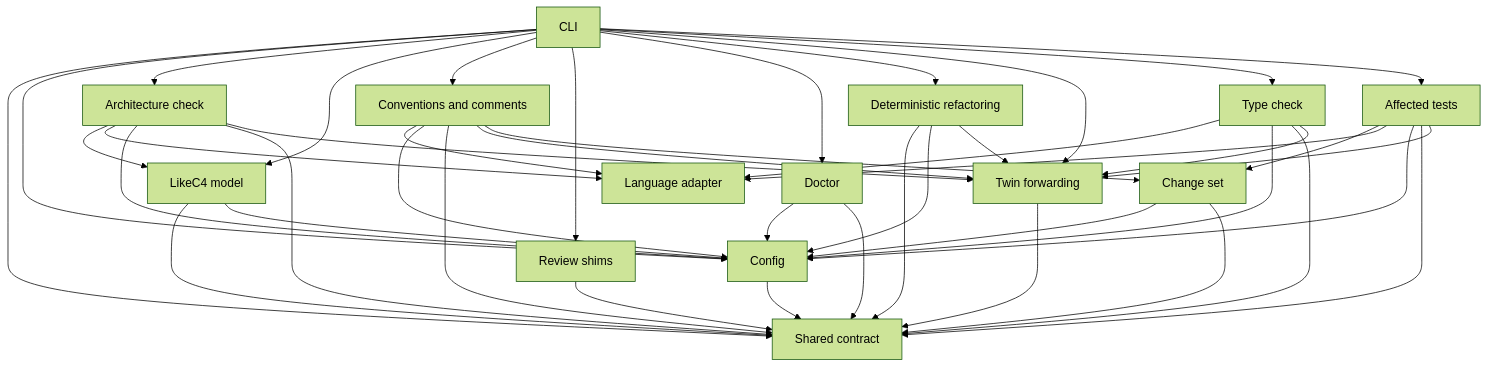
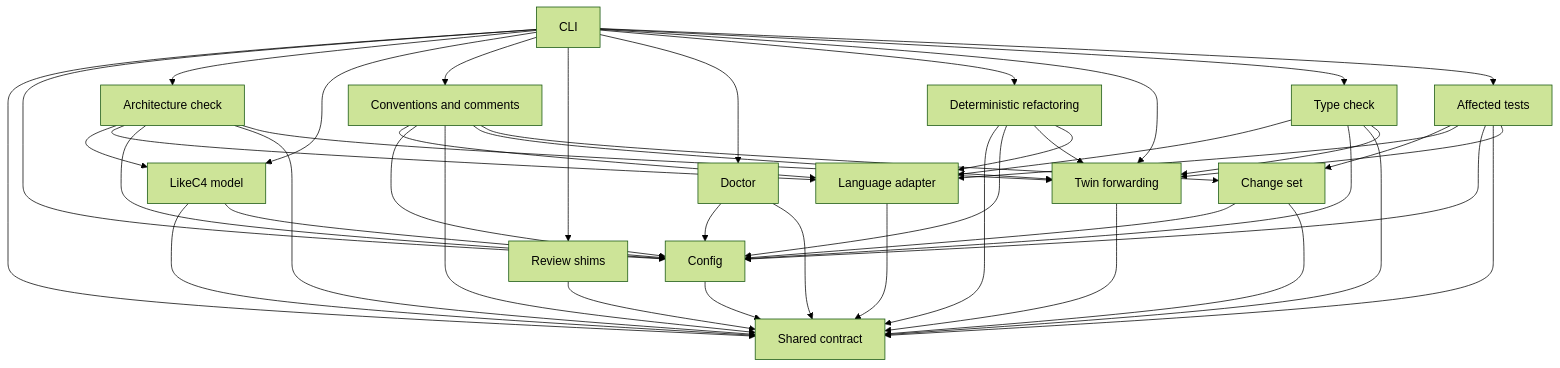
One commit to MotleyAI/living-architecture changed the first of 2 diagrams in architecture/system.arc42.md. Above: the diagram before and after it, drawn with Mermaid (forest theme). The commit also changed 29 other files, not shown here.

````diff
--- a/architecture/system.arc42.md
+++ b/architecture/system.arc42.md
@@ -13,60 +13,62 @@
 ```mermaid
 flowchart TD
   %% system: Living-architecture commands
   contract["Shared contract"]
   config["Config"]
   cli["CLI"]
   c4["LikeC4 model"]
   archcheck["Architecture check"]
   lang["Language adapter"]
   conventions["Conventions and comments"]
   review["Review shims"]
   doctor["Doctor"]
   refactor["Deterministic refactoring"]
   twin["Twin forwarding"]
   typecheck["Type check"]
   changes["Change set"]
   affected["Affected tests"]
   cli --> contract
   cli --> config
   cli --> archcheck
   cli --> c4
   cli --> conventions
   cli --> review
   cli --> doctor
   cli --> refactor
   archcheck --> c4
   archcheck --> lang
   archcheck --> config
   archcheck --> contract
   conventions --> lang
   conventions --> config
   conventions --> contract
   c4 --> contract
   c4 --> config
   config --> contract
   review --> contract
   doctor --> config
   doctor --> contract
   refactor --> contract
   cli --> twin
   archcheck --> twin
   twin --> contract
   cli --> typecheck
   typecheck --> lang
   typecheck --> config
   typecheck --> contract
   typecheck --> twin
   conventions --> twin
   refactor --> config
   refactor --> twin
   cli --> affected
   affected --> changes
   affected --> lang
   affected --> config
   affected --> contract
   affected --> twin
   conventions --> changes
   changes --> config
   changes --> contract
+  refactor --> lang
+  lang --> contract
 ```
````
